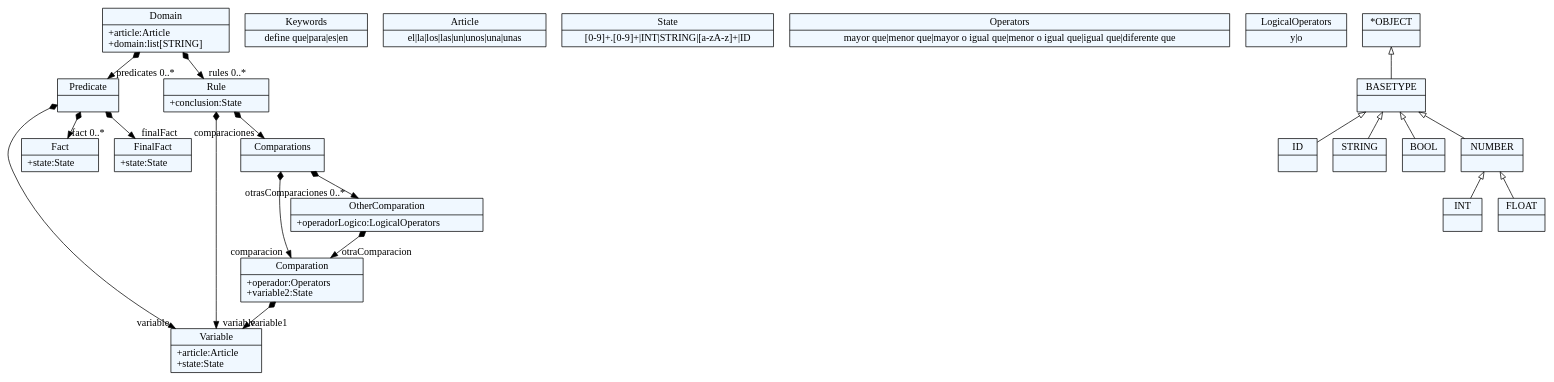
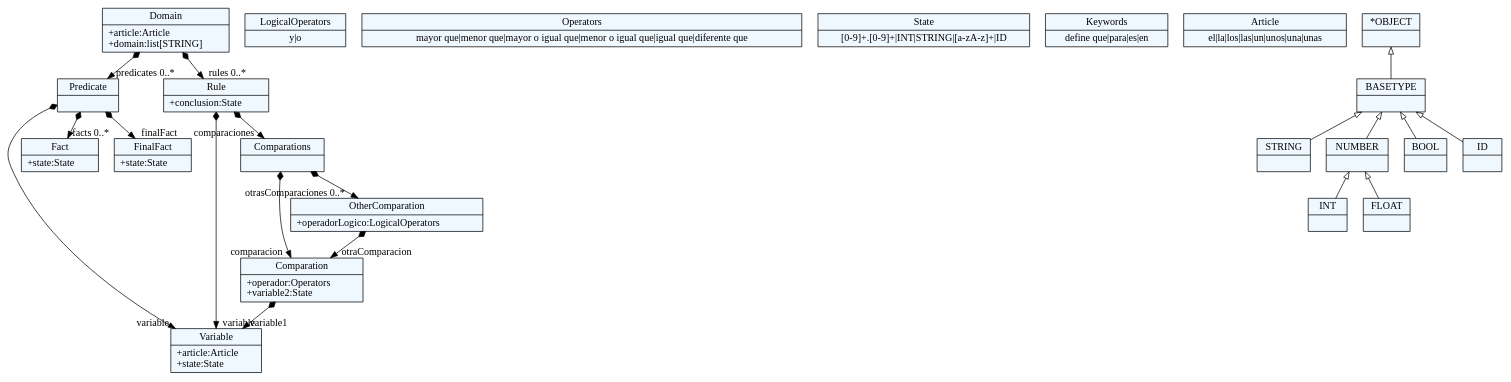
Before and after one commit to CarlosGutierrezArdila/DSL4UDRules: the diagram in gramatica.tx.dot, drawn with Graphviz. The commit also changed 6 other files, not shown here.

```diff
--- a/gramatica.tx.dot
+++ b/gramatica.tx.dot
@@ -1,77 +1,77 @@
 
     digraph xtext {
     fontname = "Bitstream Vera Sans"
     fontsize = 8
     node[
         shape=record,
         style=filled,
         fillcolor=aliceblue
     ]
     nodesep = 0.3
     edge[dir=black,arrowtail=empty]
 
 
-140062235832 -> 140062504456[arrowtail=diamond, dir=both, headlabel="predicates 0..*"]
-140062235832 -> 140062547880[arrowtail=diamond, dir=both, headlabel="rules 0..*"]
-140062235832[ label="{Domain|+article:Article\l+domain:list[STRING]\l}"]
+94102247554256 -> 94102247777376[arrowtail=diamond, dir=both, headlabel="predicates 0..*"]
+94102247554256 -> 94102247869696[arrowtail=diamond, dir=both, headlabel="rules 0..*"]
+94102247554256[ label="{Domain|+article:Article\l+domain:list[STRING]\l}"]
 
-140062219224[ label="{Keywords|define que\|para\|es\|en}"]
+94102247829808 -> 94102247566864[arrowtail=diamond, dir=both, headlabel="variable1 "]
+94102247829808[ label="{Comparation|+operador:Operators\l+variable2:State\l}"]
 
-140062494568[ label="{Article|el\|la\|los\|las\|un\|unos\|una\|unas}"]
+94102247841856[ label="{LogicalOperators|y\|o}"]
 
-140062499512[ label="{Variable|+article:Article\l+state:State\l}"]
+94102247818256[ label="{Operators|mayor que\|menor que\|mayor o igual que\|menor o igual que\|igual que\|diferente que}"]
 
-140062504456 -> 140062499512[arrowtail=diamond, dir=both, headlabel="variable "]
-140062504456 -> 140062509400[arrowtail=diamond, dir=both, headlabel="fact 0..*"]
-140062504456 -> 140060279736[arrowtail=diamond, dir=both, headlabel="finalFact "]
-140062504456[ label="{Predicate|}"]
+94102247859776 -> 94102247829808[arrowtail=diamond, dir=both, headlabel="comparacion "]
+94102247859776 -> 94102247849984[arrowtail=diamond, dir=both, headlabel="otrasComparaciones 0..*"]
+94102247859776[ label="{Comparations|}"]
 
-140062509400[ label="{Fact|+state:State\l}"]
+94102247777376 -> 94102247566864[arrowtail=diamond, dir=both, headlabel="variable "]
+94102247777376 -> 94102247788640[arrowtail=diamond, dir=both, headlabel="facts 0..*"]
+94102247777376 -> 94102247799904[arrowtail=diamond, dir=both, headlabel="finalFact "]
+94102247777376[ label="{Predicate|}"]
 
-140060279736[ label="{FinalFact|+state:State\l}"]
+94102247869696 -> 94102247859776[arrowtail=diamond, dir=both, headlabel="comparaciones "]
+94102247869696 -> 94102247566864[arrowtail=diamond, dir=both, headlabel="variable "]
+94102247869696[ label="{Rule|+conclusion:State\l}"]
 
-140060284680[ label="{State|[0-9]+.[0-9]+\|INT\|STRING\|[a-zA-z]+\|ID}"]
+94102247566864[ label="{Variable|+article:Article\l+state:State\l}"]
 
-140062512344[ label="{Operators|mayor que\|menor que\|mayor o igual que\|menor o igual que\|igual que\|diferente que}"]
+94102247808816[ label="{State|[0-9]+.[0-9]+\|INT\|STRING\|[a-zA-z]+\|ID}"]
 
-140062497512 -> 140062499512[arrowtail=diamond, dir=both, headlabel="variable1 "]
-140062497512[ label="{Comparation|+operador:Operators\l+variable2:State\l}"]
+94102247750160[ label="{Keywords|define que\|para\|es\|en}"]
 
-140062286952[ label="{LogicalOperators|y\|o}"]
+94102247760080[ label="{Article|el\|la\|los\|las\|un\|unos\|una\|unas}"]
 
-140062536808 -> 140062497512[arrowtail=diamond, dir=both, headlabel="otraComparacion "]
-140062536808[ label="{OtherComparation|+operadorLogico:LogicalOperators\l}"]
+94102247799904[ label="{FinalFact|+state:State\l}"]
 
-140062542344 -> 140062497512[arrowtail=diamond, dir=both, headlabel="comparacion "]
-140062542344 -> 140062536808[arrowtail=diamond, dir=both, headlabel="otrasComparaciones 0..*"]
-140062542344[ label="{Comparations|}"]
+94102247849984 -> 94102247829808[arrowtail=diamond, dir=both, headlabel="otraComparacion "]
+94102247849984[ label="{OtherComparation|+operadorLogico:LogicalOperators\l}"]
 
-140062547880 -> 140062542344[arrowtail=diamond, dir=both, headlabel="comparaciones "]
-140062547880 -> 140062499512[arrowtail=diamond, dir=both, headlabel="variable "]
-140062547880[ label="{Rule|+conclusion:State\l}"]
+94102247788640[ label="{Fact|+state:State\l}"]
 
-140062215688[ label="{ID|}"]
+94102247573872[ label="{*OBJECT|}"]
+94102247573872 -> 94102247568880 [dir=back]
 
-140062221224[ label="{STRING|}"]
+94102247203456[ label="{STRING|}"]
 
-140062226760[ label="{BOOL|}"]
+94102247568880[ label="{BASETYPE|}"]
+94102247568880 -> 94102247563888 [dir=back]
+94102247568880 -> 94102247555312 [dir=back]
+94102247568880 -> 94102247523488 [dir=back]
+94102247568880 -> 94102247203456 [dir=back]
 
-140062232296[ label="{INT|}"]
+94102247561088[ label="{INT|}"]
 
-140062237832[ label="{FLOAT|}"]
+94102247201440[ label="{FLOAT|}"]
 
-140062288952[ label="{NUMBER|}"]
-140062288952 -> 140062237832 [dir=back]
-140062288952 -> 140062232296 [dir=back]
+94102247563888[ label="{NUMBER|}"]
+94102247563888 -> 94102247201440 [dir=back]
+94102247563888 -> 94102247561088 [dir=back]
 
-140062293896[ label="{BASETYPE|}"]
-140062293896 -> 140062288952 [dir=back]
-140062293896 -> 140062226760 [dir=back]
-140062293896 -> 140062215688 [dir=back]
-140062293896 -> 140062221224 [dir=back]
+94102247555312[ label="{BOOL|}"]
 
-140062300024[ label="{*OBJECT|}"]
-140062300024 -> 140062293896 [dir=back]
+94102247523488[ label="{ID|}"]
 
 
 }
```
